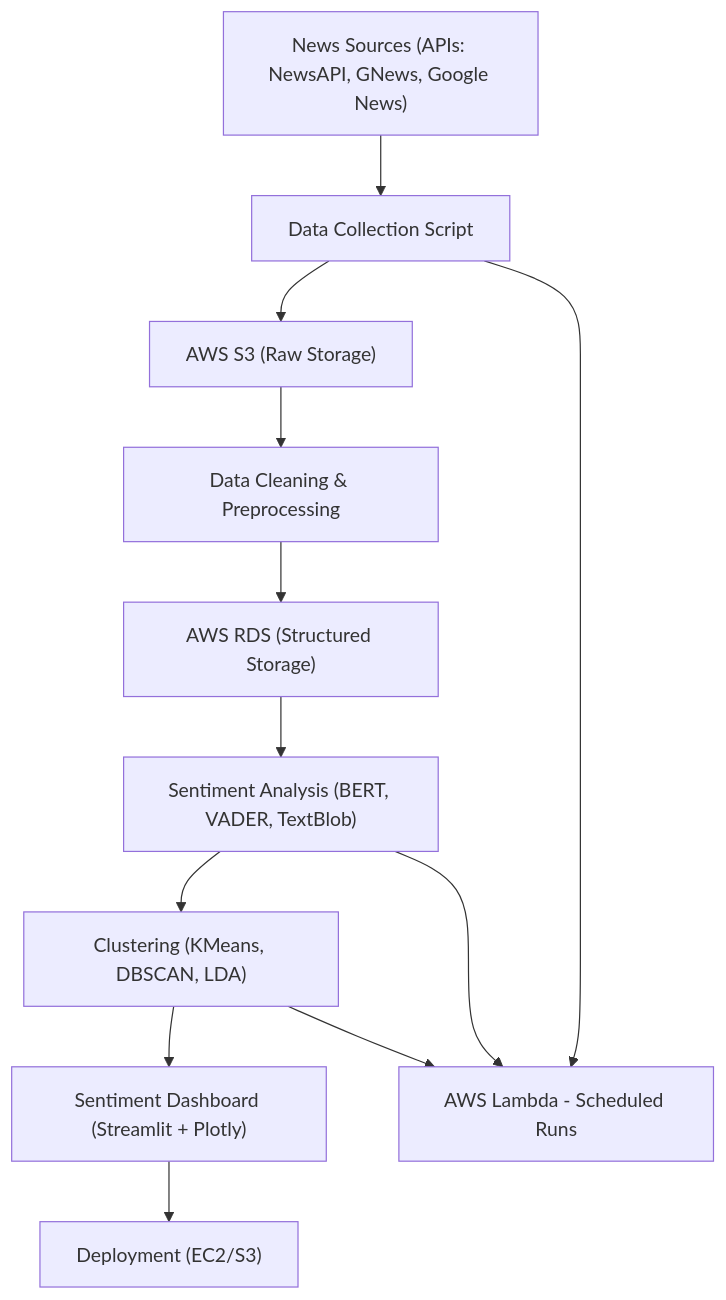
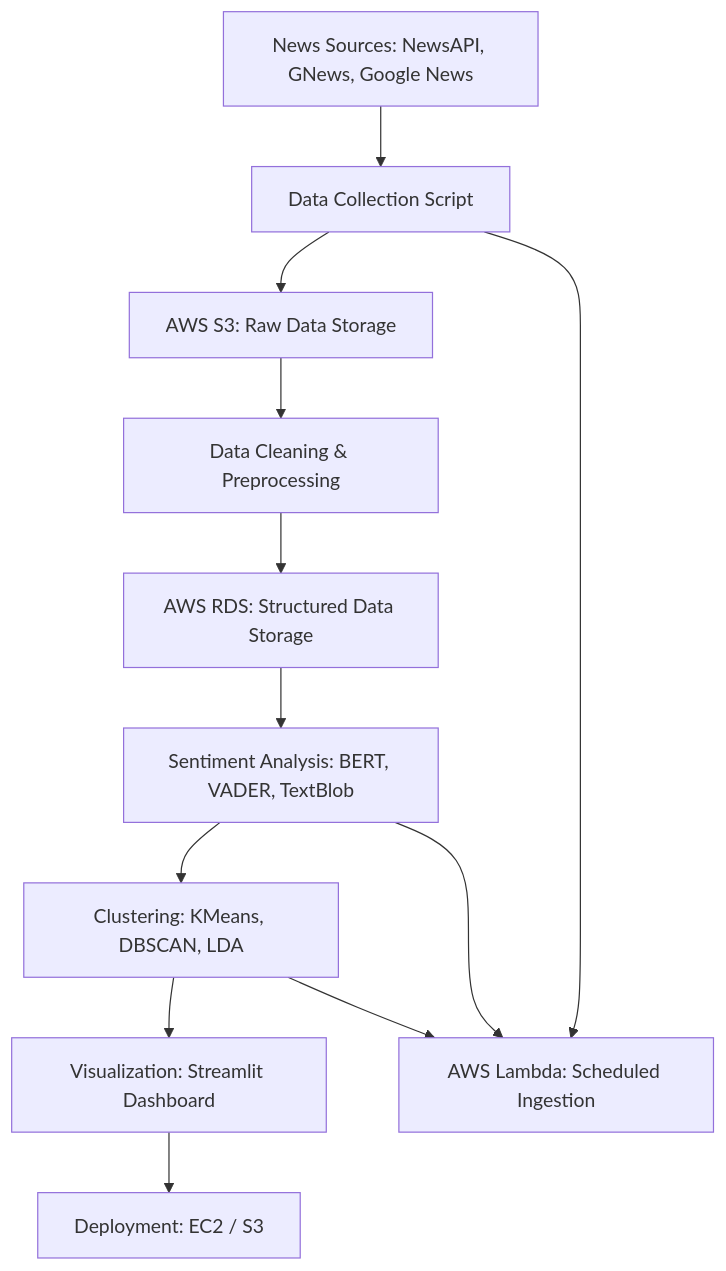
One commit to Sandy25121/Senticonomy_FP changed the diagram in README.md. Above: the diagram before and after it, drawn with Mermaid.

````diff
--- a/README.md
+++ b/README.md
@@ -36,14 +36,14 @@
 ```mermaid
 graph TD
-    A["News Sources (APIs: NewsAPI, GNews, Google News)"] --> B["Data Collection Script"]
-    B --> C["AWS S3 (Raw Storage)"]
+    A["News Sources: NewsAPI, GNews, Google News"] --> B["Data Collection Script"]
+    B --> C["AWS S3: Raw Data Storage"]
     C --> D["Data Cleaning & Preprocessing"]
-    D --> E["AWS RDS (Structured Storage)"]
-    E --> F["Sentiment Analysis (BERT, VADER, TextBlob)"]
-    F --> G["Clustering (KMeans, DBSCAN, LDA)"]
-    G --> H["Sentiment Dashboard (Streamlit + Plotly)"]
-    H --> I["Deployment (EC2/S3)"]
-    B --> J["AWS Lambda - Scheduled Runs"]
+    D --> E["AWS RDS: Structured Data Storage"]
+    E --> F["Sentiment Analysis: BERT, VADER, TextBlob"]
+    F --> G["Clustering: KMeans, DBSCAN, LDA"]
+    G --> H["Visualization: Streamlit Dashboard"]
+    H --> I["Deployment: EC2 / S3"]
+    B --> J["AWS Lambda: Scheduled Ingestion"]
     F --> J
     G --> J
 ```
````
